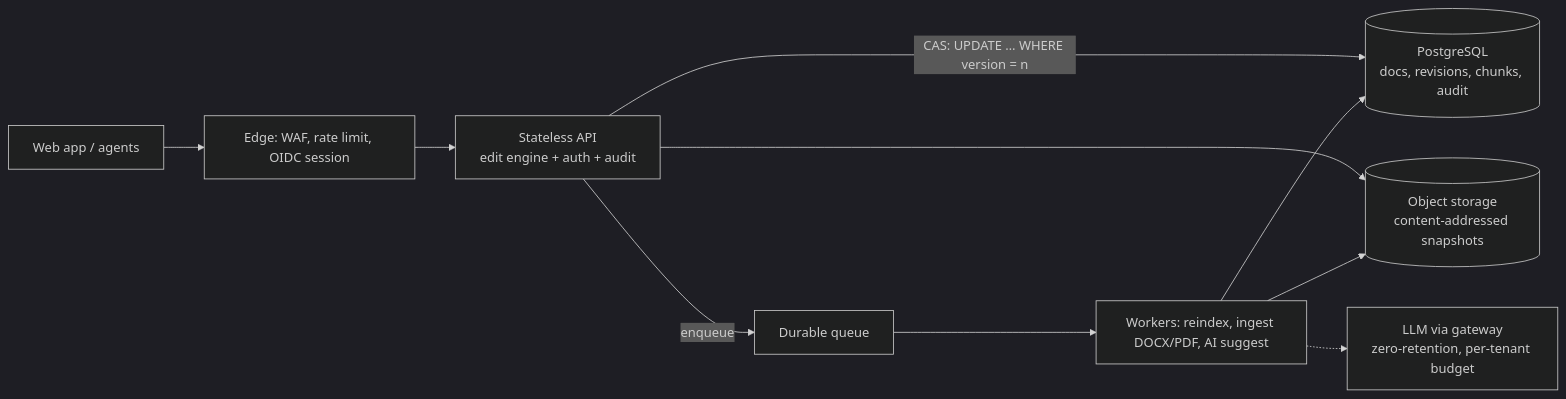
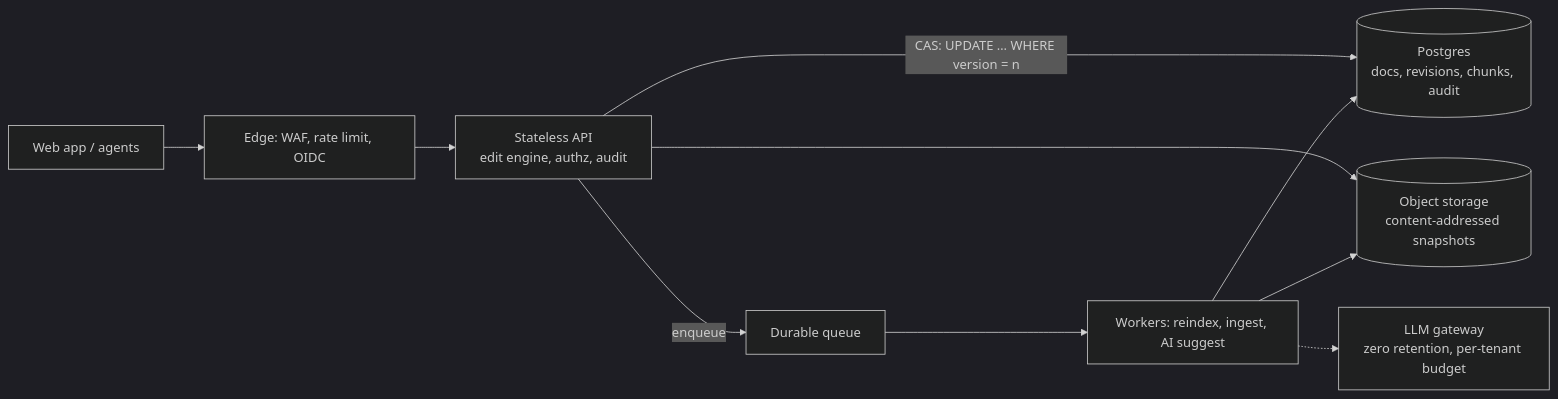
One commit to olanotolu/clause-take-home changed the diagram in INFRA.md. Above: the diagram before and after it, drawn with Mermaid (dark theme). The commit also changed other lines of this file and 1 other file, not shown here.

````diff
--- a/INFRA.md
+++ b/INFRA.md
@@ -10,12 +7,12 @@
 ```mermaid
 flowchart LR
-  U[Web app / agents] --> E[Edge: WAF, rate limit, OIDC session]
-  E --> A[Stateless API<br/>edit engine + auth + audit]
-  A -->|"CAS: UPDATE … WHERE version = n"| P[(PostgreSQL<br/>docs, revisions, chunks, audit)]
+  U[Web app / agents] --> E[Edge: WAF, rate limit, OIDC]
+  E --> A[Stateless API<br/>edit engine, authz, audit]
+  A -->|"CAS: UPDATE … WHERE version = n"| P[(Postgres<br/>docs, revisions, chunks, audit)]
   A --> S[(Object storage<br/>content-addressed snapshots)]
   A -->|enqueue| Q[Durable queue]
-  Q --> W[Workers: reindex, ingest DOCX/PDF, AI suggest]
+  Q --> W[Workers: reindex, ingest, AI suggest]
   W --> P
   W --> S
-  W -.-> L[LLM via gateway<br/>zero-retention, per-tenant budget]
+  W -.-> L[LLM gateway<br/>zero retention, per-tenant budget]
 ```
````
